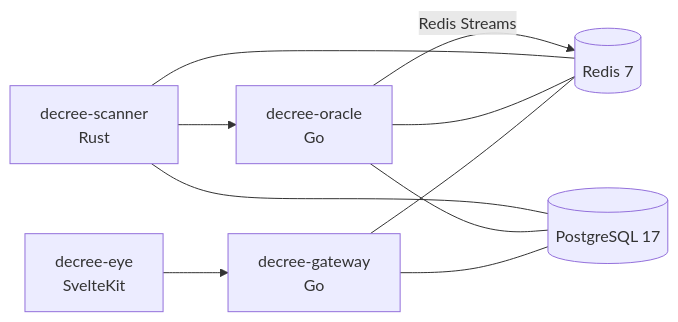
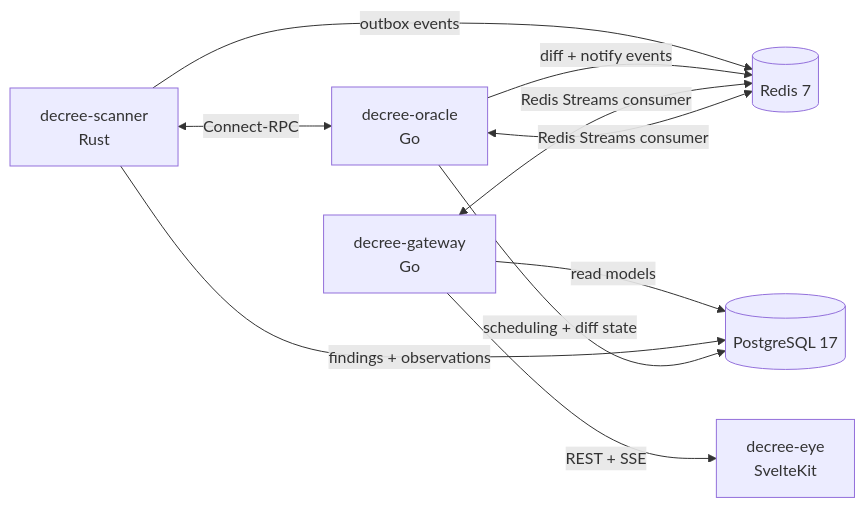
One commit to Kaikei-e/DECREE changed the diagram in README.md. Above: the diagram before and after it, drawn with Mermaid. The commit also changed other lines of this file, not shown here.

````diff
--- a/README.md
+++ b/README.md
@@ -28,19 +32,19 @@
 ```mermaid
 flowchart LR
     scanner["decree-scanner<br/>Rust"]
     oracle["decree-oracle<br/>Go"]
     gateway["decree-gateway<br/>Go"]
     eye["decree-eye<br/>SvelteKit"]
     postgres[("PostgreSQL 17")]
     redis[("Redis 7")]
 
-    scanner --> oracle
-    oracle -->|Redis Streams| redis
-    eye --> gateway
-    scanner --- postgres
-    oracle --- postgres
-    gateway --- postgres
-    scanner --- redis
-    oracle --- redis
-    gateway --- redis
+    scanner <-->|Connect-RPC| oracle
+    scanner -->|outbox events| redis
+    oracle -->|diff + notify events| redis
+    gateway -->|REST + SSE| eye
+    gateway -->|read models| postgres
+    scanner -->|findings + observations| postgres
+    oracle -->|scheduling + diff state| postgres
+    gateway <-->|Redis Streams consumer| redis
+    oracle <-->|Redis Streams consumer| redis
 ```
````
